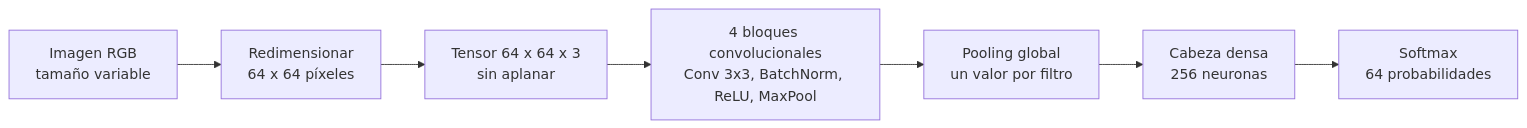
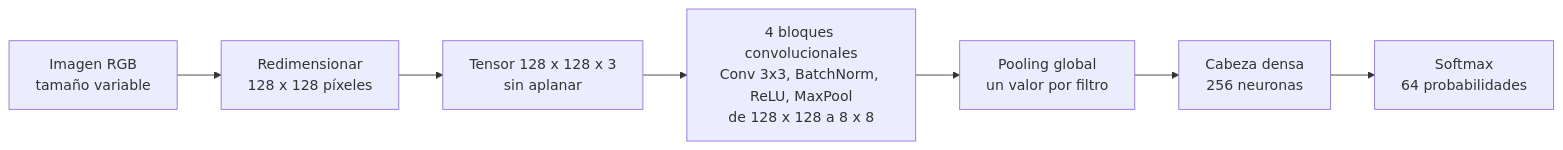
The diagram in CNN/README.md (ByFlopp/LosSimpsons_DeepLearning), drawn with Mermaid before and after one commit. The commit also changed other lines of this file and 6 other files, not shown here.

````diff
--- a/CNN/README.md
+++ b/CNN/README.md
@@ -55,9 +74,9 @@
 ```mermaid
 flowchart LR
-    A[Imagen RGB<br/>tamaño variable] --> B[Redimensionar<br/>64 x 64 píxeles]
-    B --> C[Tensor 64 x 64 x 3<br/>sin aplanar]
-    C --> D[4 bloques convolucionales<br/>Conv 3x3, BatchNorm, ReLU, MaxPool]
+    A[Imagen RGB<br/>tamaño variable] --> B[Redimensionar<br/>128 x 128 píxeles]
+    B --> C[Tensor 128 x 128 x 3<br/>sin aplanar]
+    C --> D[4 bloques convolucionales<br/>Conv 3x3, BatchNorm, ReLU, MaxPool<br/>de 128 x 128 a 8 x 8]
     D --> E[Pooling global<br/>un valor por filtro]
     E --> F[Cabeza densa<br/>256 neuronas]
     F --> G[Softmax<br/>64 probabilidades]
 ```
````
